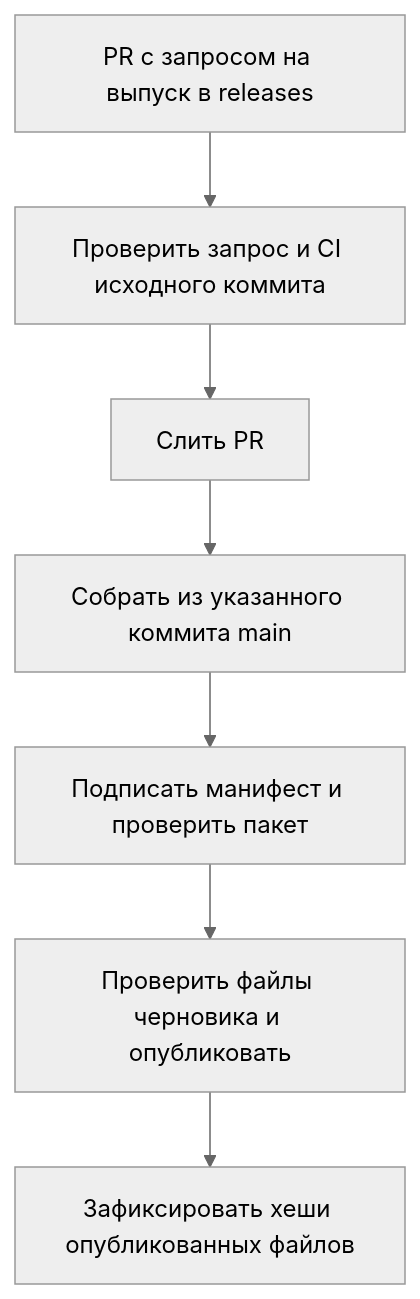
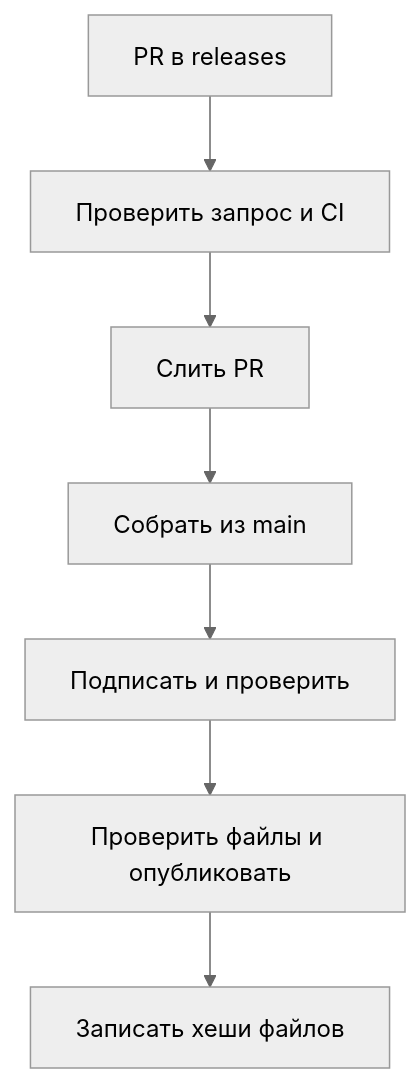
Before and after one commit to MrAliev/local-ai-toolkit: the diagram in docs/wiki/Trust-and-security.ru.md, drawn with Mermaid (neutral theme). The commit also changed other lines of this file and 14 other files, not shown here.

````diff
--- a/docs/wiki/Trust-and-security.ru.md
+++ b/docs/wiki/Trust-and-security.ru.md
@@ -16,9 +18,9 @@
 ```mermaid
 flowchart TB
-  request["PR с запросом на выпуск в releases"] --> check["Проверить запрос и CI исходного коммита"]
+  request["PR в releases"] --> check["Проверить запрос и CI"]
   check --> merge["Слить PR"]
-  merge --> build["Собрать из указанного коммита main"]
-  build --> sign["Подписать манифест и проверить пакет"]
-  sign --> assets["Проверить файлы черновика и опубликовать"]
-  assets --> record["Зафиксировать хеши опубликованных файлов"]
+  merge --> build["Собрать из main"]
+  build --> sign["Подписать и проверить"]
+  sign --> assets["Проверить файлы и опубликовать"]
+  assets --> record["Записать хеши файлов"]
 ```
````
